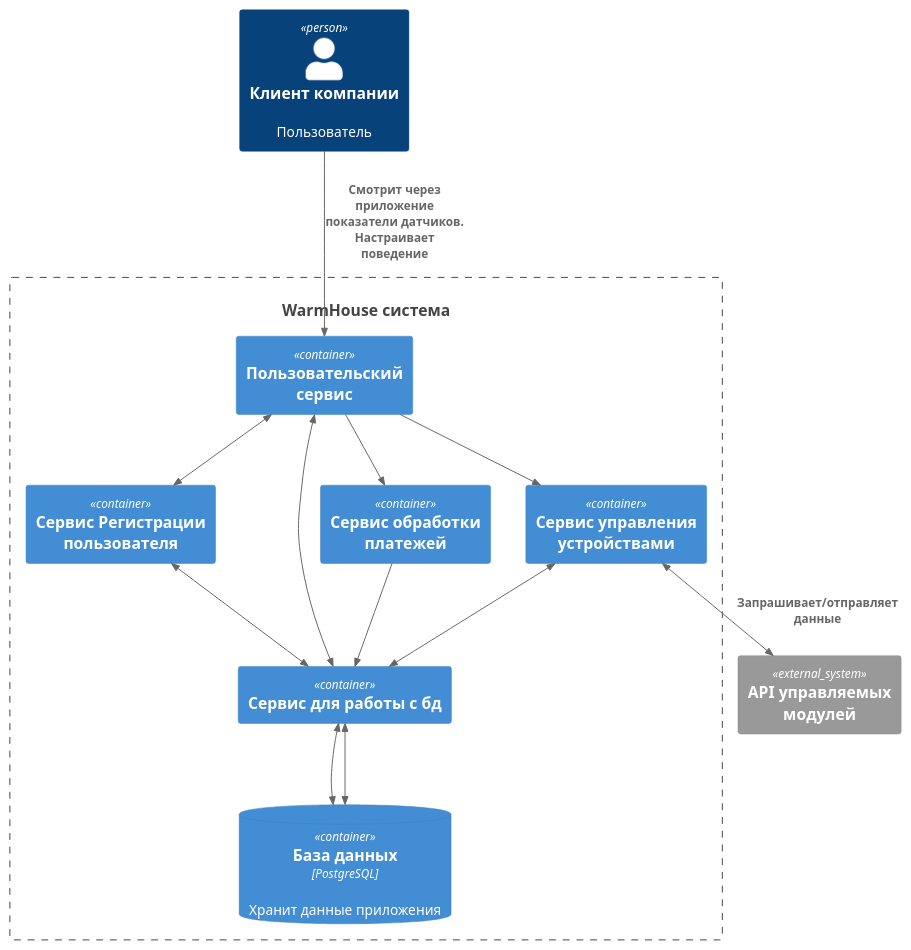
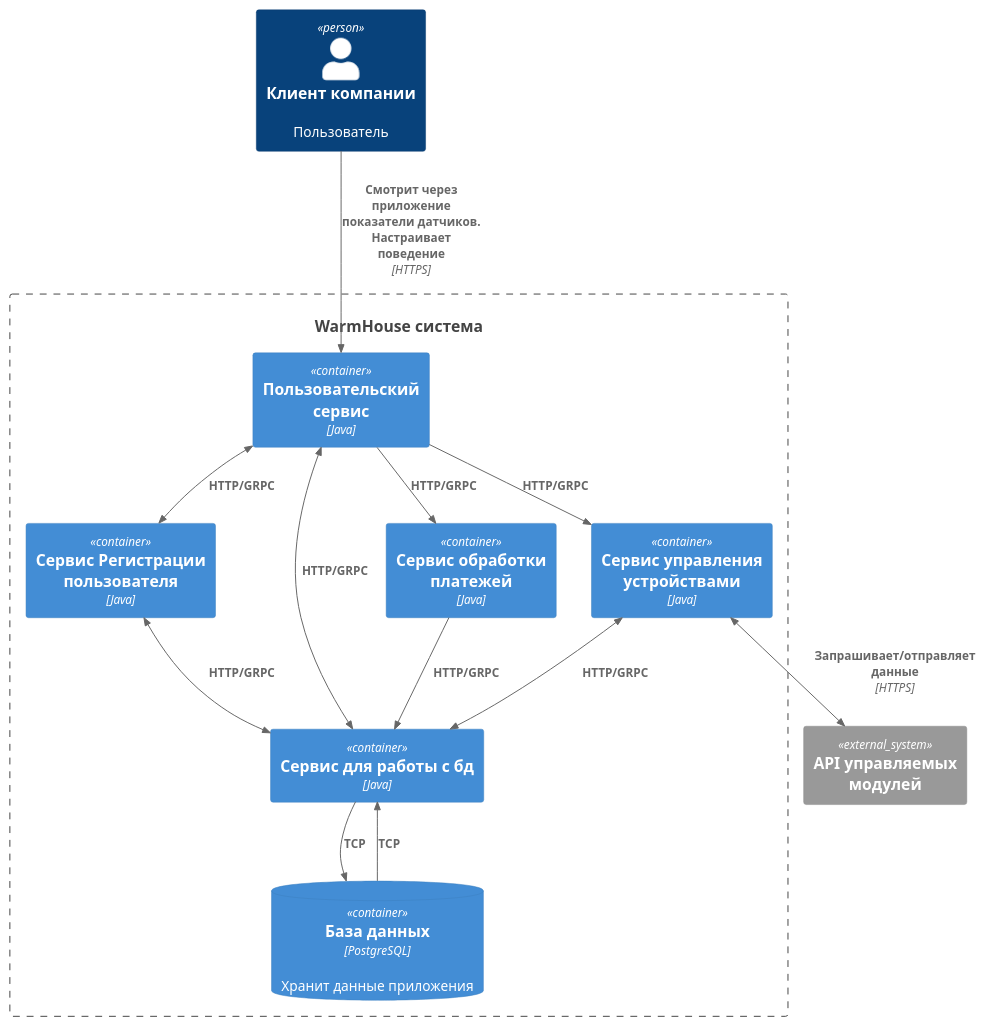
The diagram in apps/schemas/conteniers.puml (mikhailov26/architecture-warmhouse), drawn with PlantUML before and after one commit. The commit also changed 3 other files, not shown here.

```diff
--- a/apps/schemas/conteniers.puml
+++ b/apps/schemas/conteniers.puml
@@ -1,32 +1,32 @@
 @startuml
 !includeurl https://raw.githubusercontent.com/RicardoNiepel/C4-PlantUML/master/C4_Component.puml
 
 Person(user, "Клиент компании", "Пользователь")
 System(WarmHouseSystem, "WarmHouse система")
 
 Container_Boundary(WarmHouseSystem, "WarmHouse система") {
-  Container(user_service, "Пользовательский сервис", "")
-  Container(reg_service, "Сервис Регистрации пользователя", "")
-  Container(crud, "Сервис для работы с бд", "")
-  Container(pay_service, "Сервис обработки платежей", "")
-  Container(sens_service, "Сервис управления устройствами", "")
+  Container(user_service, "Пользовательский сервис", "Java")
+  Container(reg_service, "Сервис Регистрации пользователя", "Java")
+  Container(crud, "Сервис для работы с бд", "Java")
+  Container(pay_service, "Сервис обработки платежей", "Java")
+  Container(sens_service, "Сервис управления устройствами", "Java")
   ContainerDb(db, "База данных", "PostgreSQL", "Хранит данные приложения")
 }
 
 System_Ext(api_modules, "API управляемых модулей")
 
-Rel(user, user_service, "Смотрит через приложение показатели датчиков. Настраивает поведение")
-BiRel(crud, db, "")
-BiRel(user_service, reg_service, "")
-BiRel(user_service, crud, "")
-BiRel(reg_service, crud, "")
-BiRel(crud, db, "")
+Rel(user, user_service, "Смотрит через приложение показатели датчиков. Настраивает поведение", "HTTPS")
+BiRel(user_service, reg_service, "HTTP/GRPC")
+BiRel(user_service, crud, "HTTP/GRPC")
+BiRel(reg_service, crud, "HTTP/GRPC")
+Rel(crud, db, "TCP")
+Rel(db, crud, "TCP")
 
-Rel(user_service, pay_service, "")
-Rel(pay_service, crud, "")
+Rel(user_service, pay_service, "HTTP/GRPC")
+Rel(pay_service, crud, "HTTP/GRPC")
 
-Rel(user_service, sens_service, "")
-BiRel(sens_service, crud, "")
-BiRel(sens_service, api_modules, "Запрашивает/отправляет данные")
+Rel(user_service, sens_service, "HTTP/GRPC")
+BiRel(sens_service, crud, "HTTP/GRPC")
+BiRel(sens_service, api_modules, "Запрашивает/отправляет данные", "HTTPS")
 
 @enduml
```
